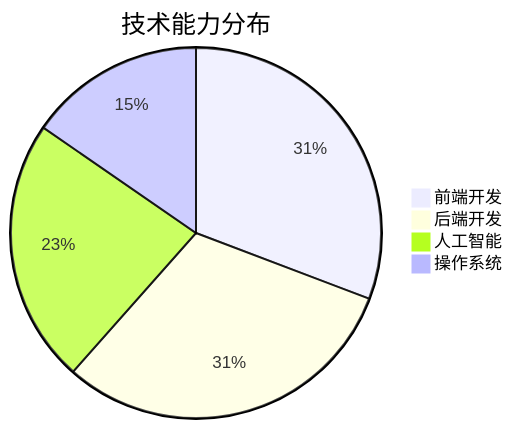
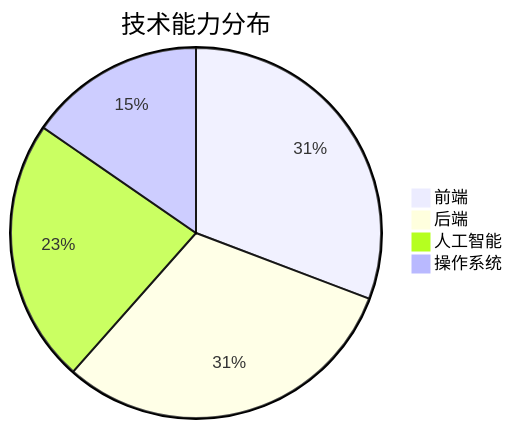
One commit to geekmister/geekmister changed the diagram in README.zh-CN.md. Above: the diagram before and after it, drawn with Mermaid. The commit also changed other lines of this file, not shown here.

````diff
--- a/README.zh-CN.md
+++ b/README.zh-CN.md
@@ -63,7 +63,7 @@
 ```mermaid
 pie title 技术能力分布
-    "前端开发" : 4
-    "后端开发" : 4
+    "前端" : 4
+    "后端" : 4
     "人工智能" : 3
     "操作系统" : 2
 ```
````
